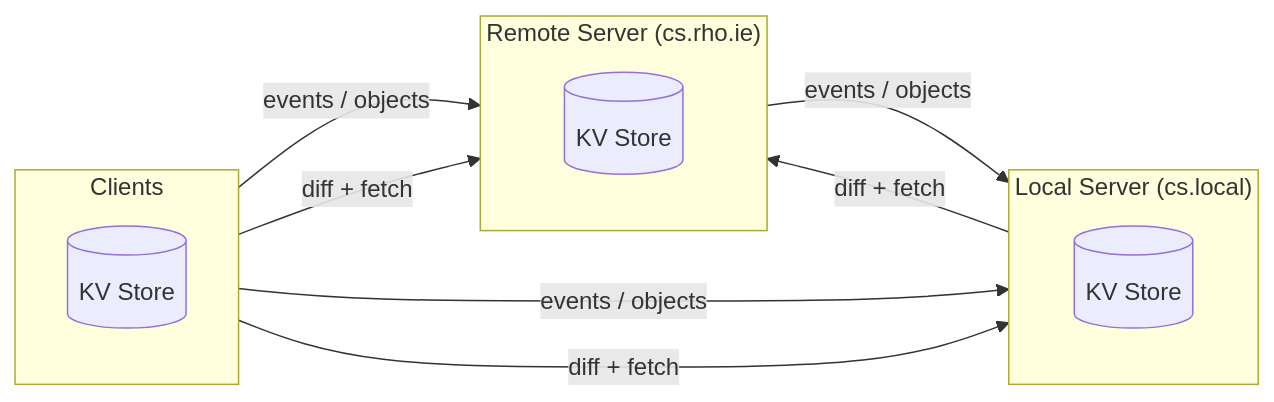
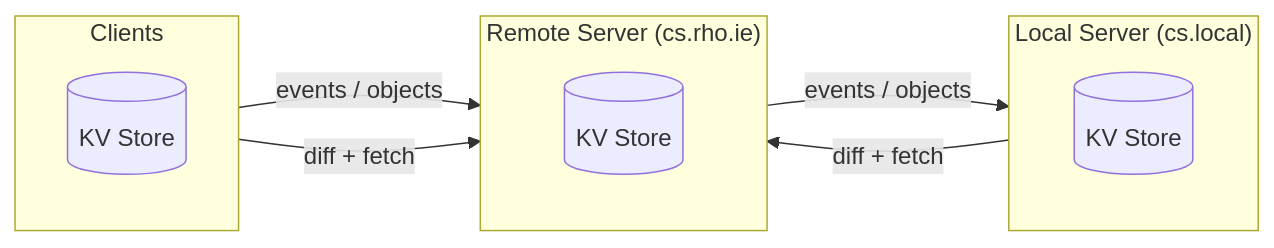
The diagram in design.md (rgrannell1/common-storage), drawn with Mermaid before and after one commit. The commit also changed other lines of this file, not shown here.

````diff
--- a/design.md
+++ b/design.md
@@ -6,23 +6,20 @@
 ```mermaid
 graph LR
   subgraph remote["Remote Server (cs.rho.ie)"]
     rKV[(KV Store)]
   end
 
   subgraph local["Local Server (cs.local)"]
     lKV[(KV Store)]
   end
 
   subgraph clients["Clients"]
     cKV[(KV Store)]
   end
 
   remote -- "events / objects" --> local
   local -- "diff + fetch" --> remote
 
   clients -- "events / objects" --> remote
   clients -- "diff + fetch" --> remote
-
-  clients -- "events / objects" --> local
-  clients -- "diff + fetch" --> local
 ```
````
